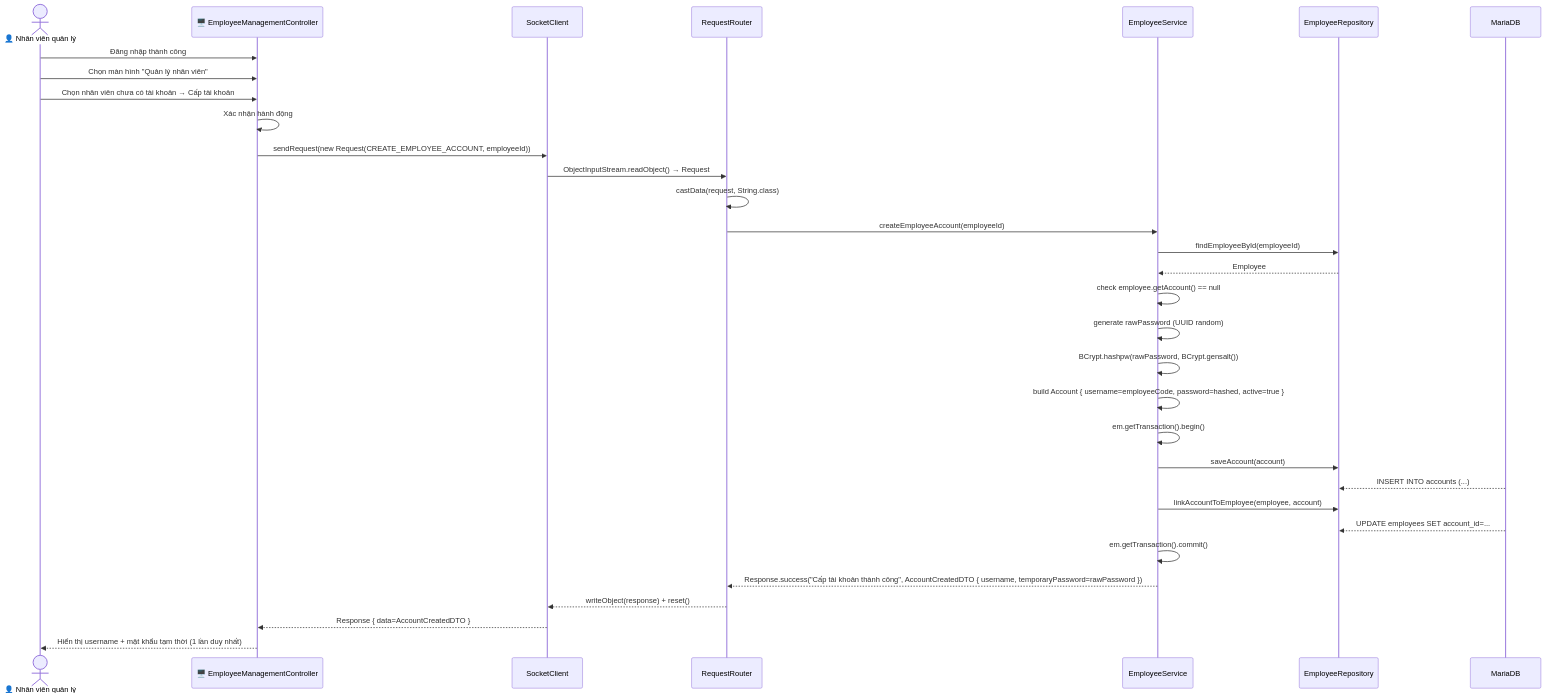
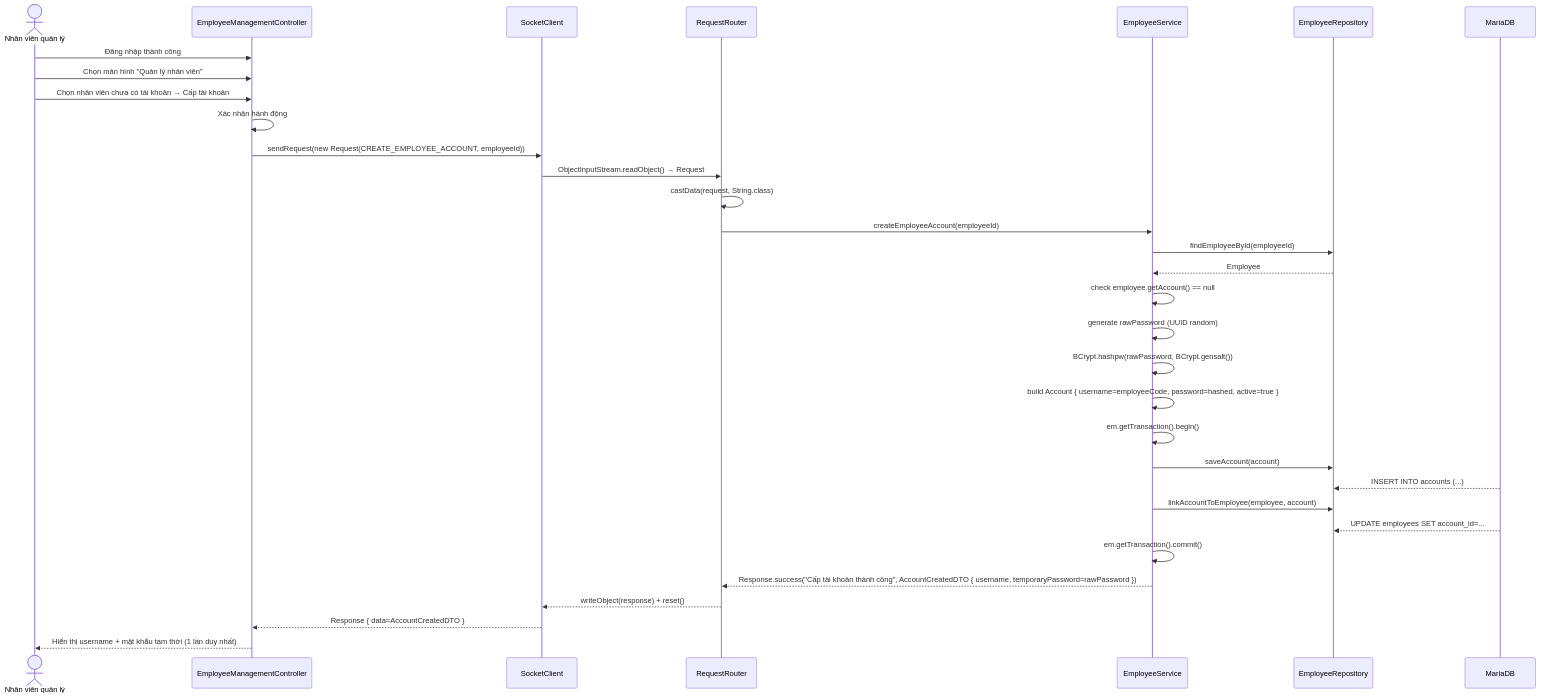
One commit to Distributed-Programing-Project/railway-reservation-system-server changed the third of 7 diagrams in docs/diagrams/sequence/uc013-quan-ly-nhan-vien.md. Above: the diagram before and after it, drawn with Mermaid. The commit also changed other lines of this file and 11 other files, not shown here.

First line of the commit message:
fix(diagram): remove all emojis/icons from sequence diagrams for consistency

````diff
--- a/docs/diagrams/sequence/uc013-quan-ly-nhan-vien.md
+++ b/docs/diagrams/sequence/uc013-quan-ly-nhan-vien.md
@@ -94,35 +94,35 @@
 ```mermaid
 sequenceDiagram
-    actor User as 👤 Nhân viên quản lý
-    participant UI as 🖥️ EmployeeManagementController
+    actor User as Nhân viên quản lý
+    participant UI as EmployeeManagementController
     participant SC as SocketClient
     participant Router as RequestRouter
     participant Svc as EmployeeService
     participant Repo as EmployeeRepository
     participant DB as MariaDB
 
     User->>UI: Đăng nhập thành công
     User->>UI: Chọn màn hình "Quản lý nhân viên"
     User->>UI: Chọn nhân viên chưa có tài khoản → Cấp tài khoản
     UI->>UI: Xác nhận hành động
     UI->>SC: sendRequest(new Request(CREATE_EMPLOYEE_ACCOUNT, employeeId))
     SC->>Router: ObjectInputStream.readObject() → Request
     Router->>Router: castData(request, String.class)
     Router->>Svc: createEmployeeAccount(employeeId)
     Svc->>Repo: findEmployeeById(employeeId)
     Repo-->>Svc: Employee
     Svc->>Svc: check employee.getAccount() == null
     Svc->>Svc: generate rawPassword (UUID random)
     Svc->>Svc: BCrypt.hashpw(rawPassword, BCrypt.gensalt())
     Svc->>Svc: build Account { username=employeeCode, password=hashed, active=true }
     Svc->>Svc: em.getTransaction().begin()
     Svc->>Repo: saveAccount(account)
     DB-->>Repo: INSERT INTO accounts (...)
     Svc->>Repo: linkAccountToEmployee(employee, account)
     DB-->>Repo: UPDATE employees SET account_id=...
     Svc->>Svc: em.getTransaction().commit()
     Svc-->>Router: Response.success("Cấp tài khoản thành công", AccountCreatedDTO { username, temporaryPassword=rawPassword })
     Router-->>SC: writeObject(response) + reset()
     SC-->>UI: Response { data=AccountCreatedDTO }
     UI-->>User: Hiển thị username + mật khẩu tạm thời (1 lần duy nhất)
 ```
````
